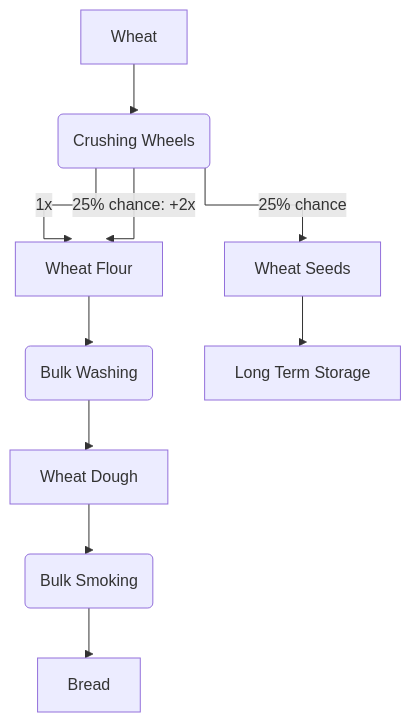
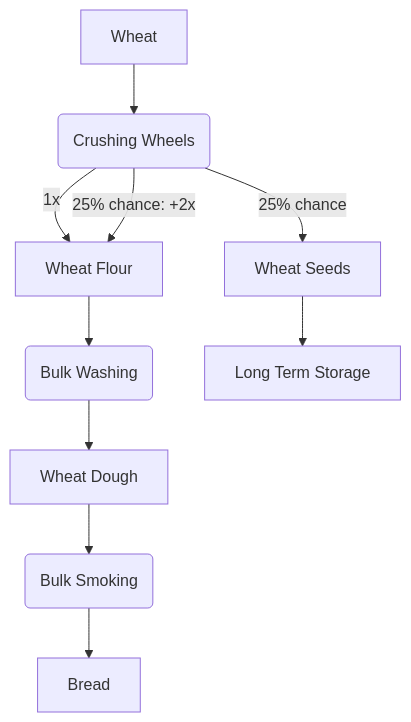
The diagram in content/Recipes/Bread.md (AltriusRS/create-docs-2), drawn with Mermaid before and after one commit. The commit also changed other lines of this file and 3 other files, not shown here.

Commit message:
Add brass ingot.md, remove config from mermaid diagrams due to incompatibility

````diff
--- a/content/Recipes/Bread.md
+++ b/content/Recipes/Bread.md
@@ -24,28 +26,22 @@
 ```mermaid
----
-config:
-  flowchart:
-    curve: stepBefore
----
 flowchart TD
     Wheat[Wheat]
     Crush(Crushing Wheels)
     Flour[Wheat Flour]
     Seeds[Wheat Seeds]
     Wash(Bulk Washing)
     Dough[Wheat Dough]
     Storage[Long Term Storage]
     Smoke(Bulk Smoking)
     Bread[Bread]
-
     Wheat --> Crush
     Crush -->|1x| Flour
     Crush -->|25% chance: +2x| Flour
     Crush -->|25% chance| Seeds
     Seeds --> Storage
     Flour --> Wash
     Wash --> Dough
     Dough --> Smoke
     Smoke --> Bread
 
 ```
````
